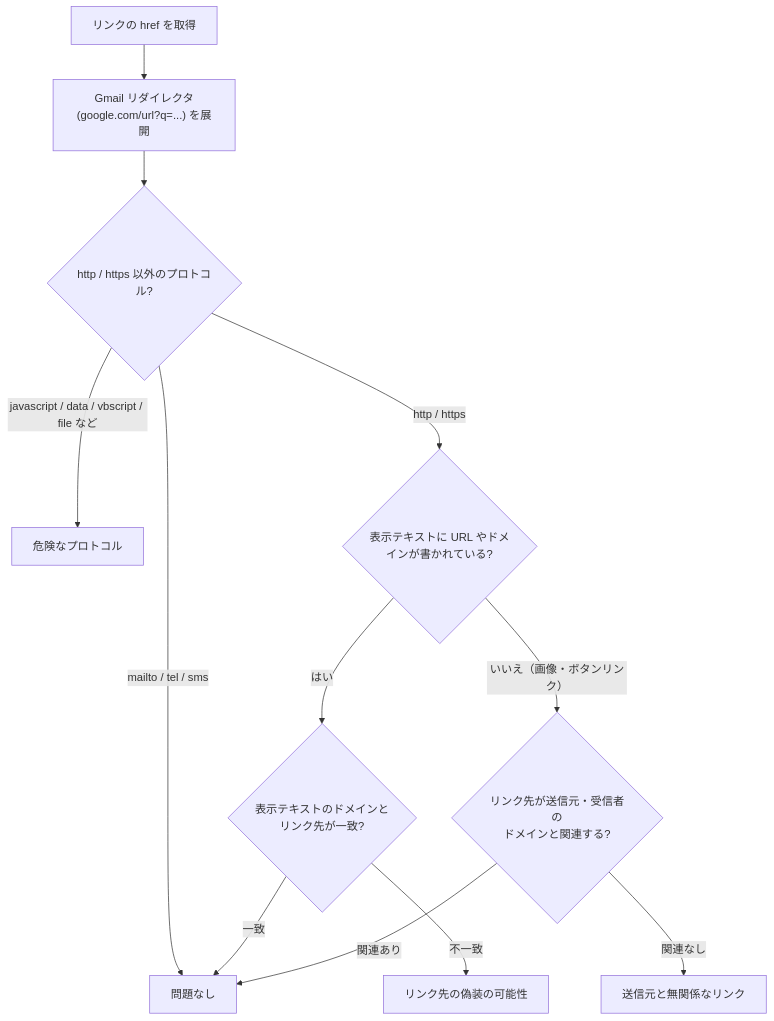
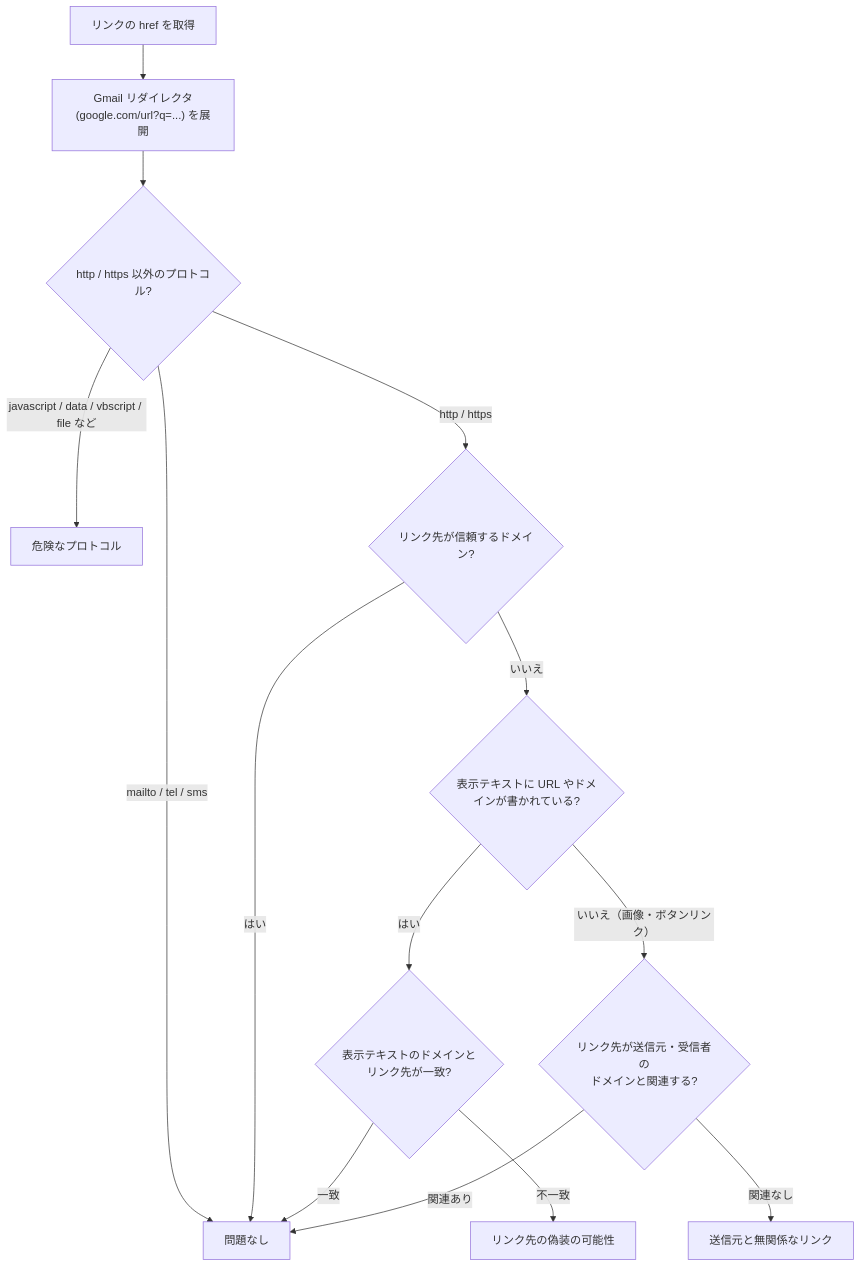
One commit to cti1650/gmail_address_checker changed the diagram in docs/link-check.md. Above: the diagram before and after it, drawn with Mermaid. The commit also changed other lines of this file and 21 other files, not shown here.

````diff
--- a/docs/link-check.md
+++ b/docs/link-check.md
@@ -9,14 +9,16 @@
 ```mermaid
 flowchart TD
     A[リンクの href を取得] --> B["Gmail リダイレクタ<br/>(google.com/url?q=...) を展開"]
     B --> C{http / https 以外のプロトコル?}
     C -- "mailto / tel / sms" --> N[問題なし]
     C -- "javascript / data / vbscript / file など" --> P[危険なプロトコル]
-    C -- "http / https" --> D{表示テキストに URL やドメインが書かれている?}
+    C -- "http / https" --> T{リンク先が信頼するドメイン?}
+    T -- はい --> N
+    T -- いいえ --> D{表示テキストに URL やドメインが書かれている?}
     D -- はい --> E{表示テキストのドメインと<br/>リンク先が一致?}
     E -- 一致 --> N
     E -- 不一致 --> Q[リンク先の偽装の可能性]
     D -- "いいえ（画像・ボタンリンク）" --> F{リンク先が送信元・受信者の<br/>ドメインと関連する?}
     F -- 関連あり --> N
     F -- 関連なし --> R[送信元と無関係なリンク]
 ```
````
